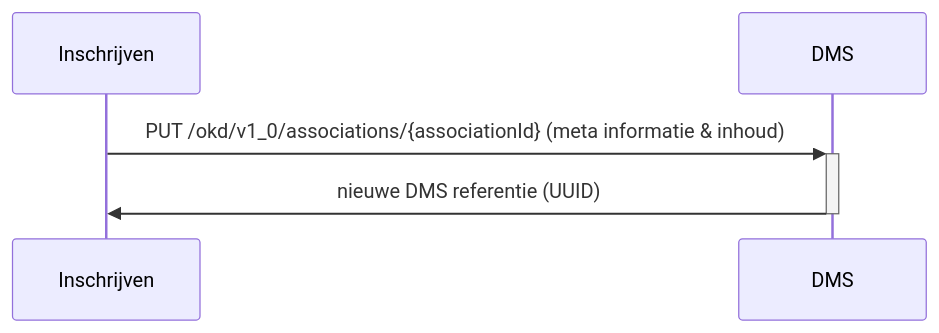
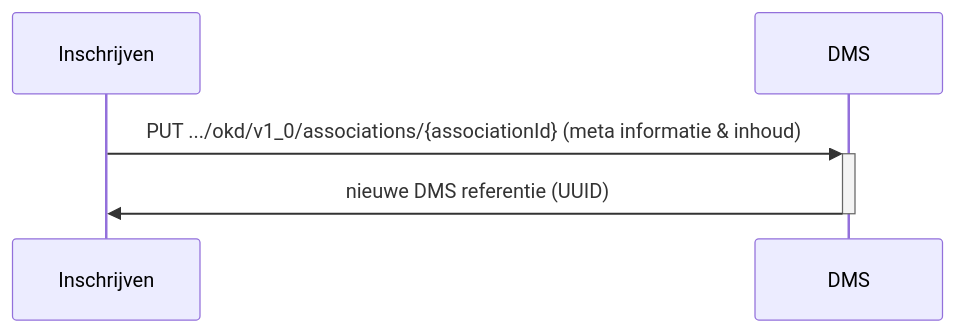
One commit to Onderwijs-Koppelingen-OKx/OKD-Document-Management changed the second of 4 diagrams in doc/flow-1.md. Above: the diagram before and after it, drawn with Mermaid. The commit also changed other lines of this file and 4 other files, not shown here.

````diff
--- a/doc/flow-1.md
+++ b/doc/flow-1.md
@@ -180,9 +180,9 @@
 ```mermaid
 sequenceDiagram
     Participant Inschrijven
     Participant DMS
 
-    Inschrijven->>+DMS: PUT /okd/v1_0/associations/{associationId} (meta informatie & inhoud)
+    Inschrijven->>+DMS: PUT .../okd/v1_0/associations/{associationId} (meta informatie & inhoud)
     DMS->>-Inschrijven: nieuwe DMS referentie (UUID)
 
 ```
````
